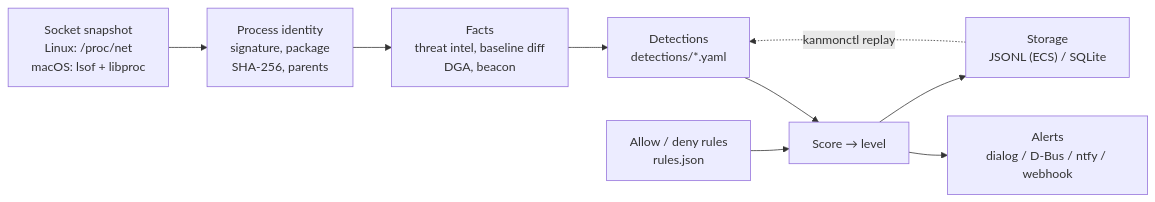
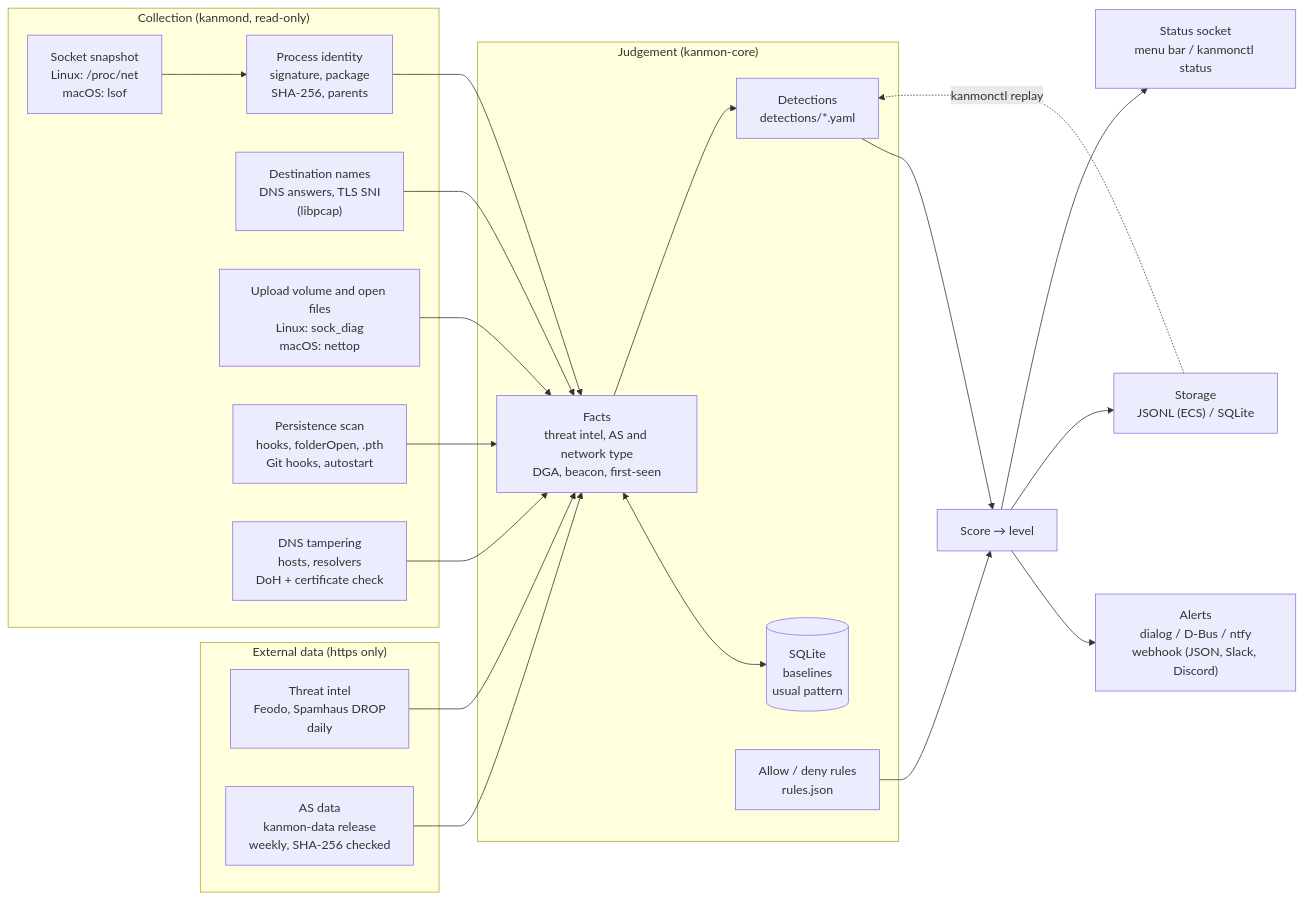
The diagram in README.en.md (zephel01/kanmon), drawn with Mermaid before and after one commit. The commit also changed other lines of this file and 2 other files, not shown here.

Commit message:
docs: README の「仕組み」の図を v0.5.1 に合わせる
- 収集に宛先の名前（DNS・SNI）・送信量・居座りの走査・DNS の改ざんを足す
- 外のデータ（脅威インテル・AS のデータ）、SQLite のベースライン、状態ソケットを足す
- kanmonctl inspect が別に動くことを一文で補う（日英）

Claude-Session: https://claude.ai/code/session_01W1FCYL6cYiSybNu5235u9L

````diff
--- a/README.en.md
+++ b/README.en.md
@@ -82,11 +82,35 @@
 ```mermaid
 flowchart LR
-  S["Socket snapshot<br/>Linux: /proc/net<br/>macOS: lsof + libproc"] --> P["Process identity<br/>signature, package<br/>SHA-256, parents"]
-  P --> F["Facts<br/>threat intel, baseline diff<br/>DGA, beacon"]
-  F --> D["Detections<br/>detections/*.yaml"]
-  D --> O["Score → level"]
-  R["Allow / deny rules<br/>rules.json"] --> O
-  O --> N["Alerts<br/>dialog / D-Bus / ntfy / webhook"]
+  subgraph ext["External data (https only)"]
+    TI["Threat intel<br/>Feodo, Spamhaus DROP<br/>daily"]
+    AS["AS data<br/>kanmon-data release<br/>weekly, SHA-256 checked"]
+  end
+  subgraph collect["Collection (kanmond, read-only)"]
+    S["Socket snapshot<br/>Linux: /proc/net<br/>macOS: lsof"]
+    P["Process identity<br/>signature, package<br/>SHA-256, parents"]
+    C["Destination names<br/>DNS answers, TLS SNI<br/>(libpcap)"]
+    V["Upload volume and open files<br/>Linux: sock_diag<br/>macOS: nettop"]
+    W["Persistence scan<br/>hooks, folderOpen, .pth<br/>Git hooks, autostart"]
+    G["DNS tampering<br/>hosts, resolvers<br/>DoH + certificate check"]
+  end
+  subgraph judge["Judgement (kanmon-core)"]
+    F["Facts<br/>threat intel, AS and network type<br/>DGA, beacon, first-seen"]
+    B[("SQLite<br/>baselines<br/>usual pattern")]
+    D["Detections<br/>detections/*.yaml"]
+    R["Allow / deny rules<br/>rules.json"]
+  end
+  S --> P --> F
+  C --> F
+  V --> F
+  W --> F
+  G --> F
+  TI --> F
+  AS --> F
+  F <--> B
+  F --> D --> O["Score → level"]
+  R --> O
+  O --> N["Alerts<br/>dialog / D-Bus / ntfy<br/>webhook (JSON, Slack, Discord)"]
   O --> L["Storage<br/>JSONL (ECS) / SQLite"]
+  O --> M["Status socket<br/>menu bar / kanmonctl status"]
   L -. "kanmonctl replay" .-> D
 ```
````
